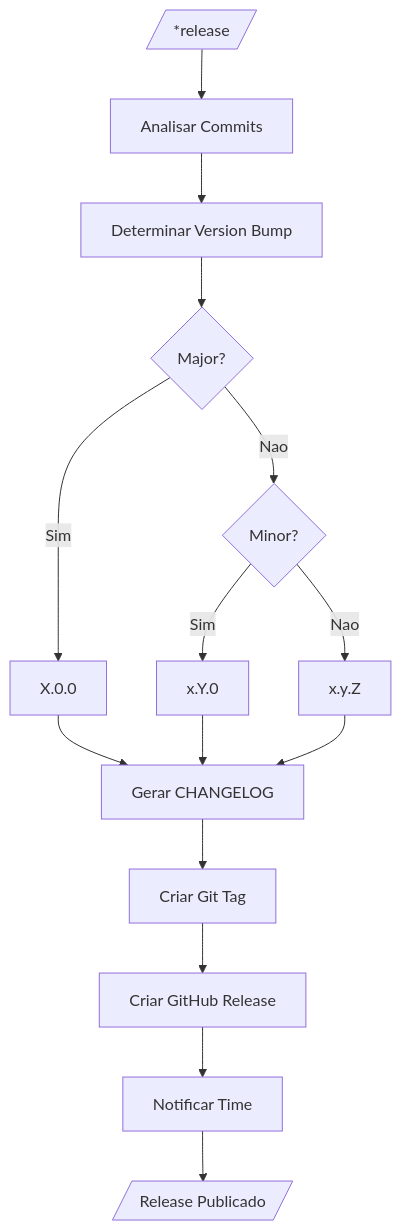
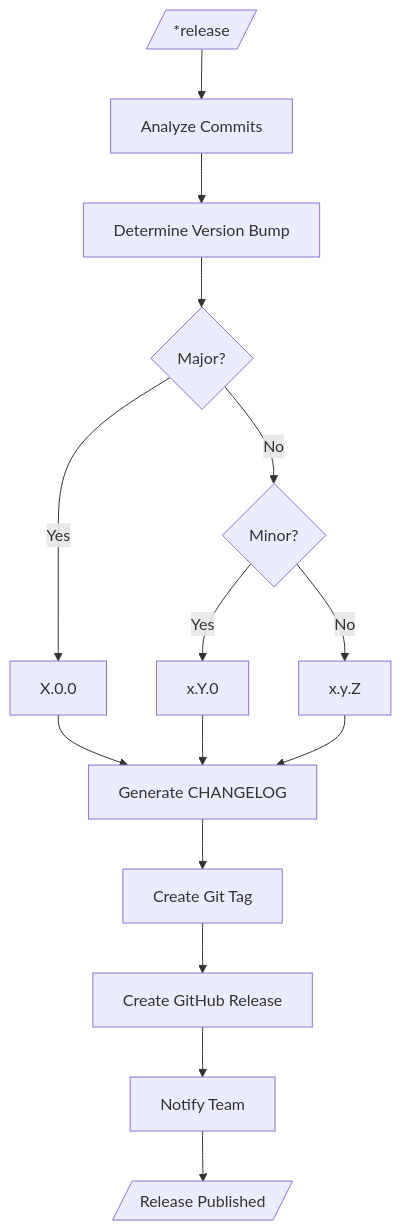
One commit to CyryxLabs/AEXOS changed the third of 7 diagrams in docs/aexos-agent-flows/devops-system.md. Above: the diagram before and after it, drawn with Mermaid. The commit also changed other lines of this file and 528 other files, not shown here.

````diff
--- a/docs/aexos-agent-flows/devops-system.md
+++ b/docs/aexos-agent-flows/devops-system.md
@@ -158,17 +158,17 @@
 ```mermaid
 flowchart TD
-    START[/"*release"/] --> ANALYZE["Analisar Commits"]
-    ANALYZE --> BUMP["Determinar Version Bump"]
+    START[/"*release"/] --> ANALYZE["Analyze Commits"]
+    ANALYZE --> BUMP["Determine Version Bump"]
 
     BUMP --> MAJOR{Major?}
-    MAJOR -->|Sim| V_MAJOR["X.0.0"]
-    MAJOR -->|Nao| MINOR{Minor?}
-    MINOR -->|Sim| V_MINOR["x.Y.0"]
-    MINOR -->|Nao| V_PATCH["x.y.Z"]
+    MAJOR -->|Yes| V_MAJOR["X.0.0"]
+    MAJOR -->|No| MINOR{Minor?}
+    MINOR -->|Yes| V_MINOR["x.Y.0"]
+    MINOR -->|No| V_PATCH["x.y.Z"]
 
-    V_MAJOR & V_MINOR & V_PATCH --> CHANGELOG["Gerar CHANGELOG"]
-    CHANGELOG --> TAG["Criar Git Tag"]
-    TAG --> RELEASE["Criar GitHub Release"]
-    RELEASE --> NOTIFY["Notificar Time"]
-    NOTIFY --> END[/"Release Publicado"/]
+    V_MAJOR & V_MINOR & V_PATCH --> CHANGELOG["Generate CHANGELOG"]
+    CHANGELOG --> TAG["Create Git Tag"]
+    TAG --> RELEASE["Create GitHub Release"]
+    RELEASE --> NOTIFY["Notify Team"]
+    NOTIFY --> END[/"Release Published"/]
 ```
````
